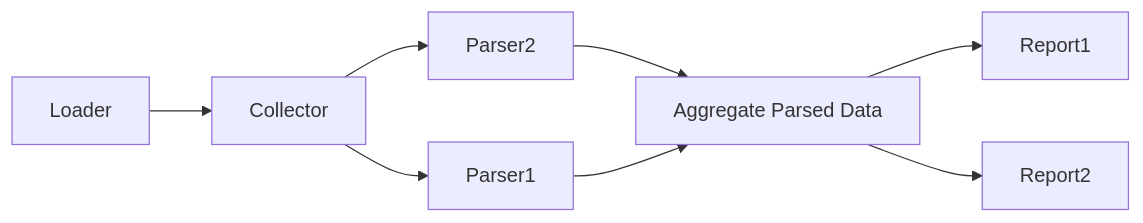
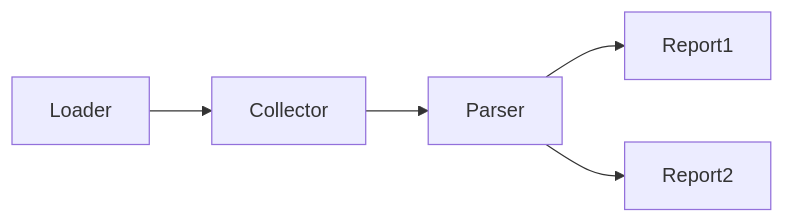
One commit to kenkaijie/pyetta changed the diagram in readme.rst. Above: the diagram before and after it, drawn with Mermaid. The commit also changed other lines of this file and 4 other files, not shown here.

```diff
--- a/readme.rst
+++ b/readme.rst
@@ -51,12 +52,9 @@
 .. mermaid::
     :align: center
     :caption: Execution Pipeline Relationship
 
     graph LR
         A[Loader] --> B[Collector]
-        B --> C[Parser1]
-        B --> D[Parser2]
-        D --> E
-        C --> E[Aggregate Parsed Data]
-        E --> F[Report1]
-        E --> G[Report2]
+        B --> C[Parser]
+        C --> D[Report1]
+        C --> E[Report2]
```
